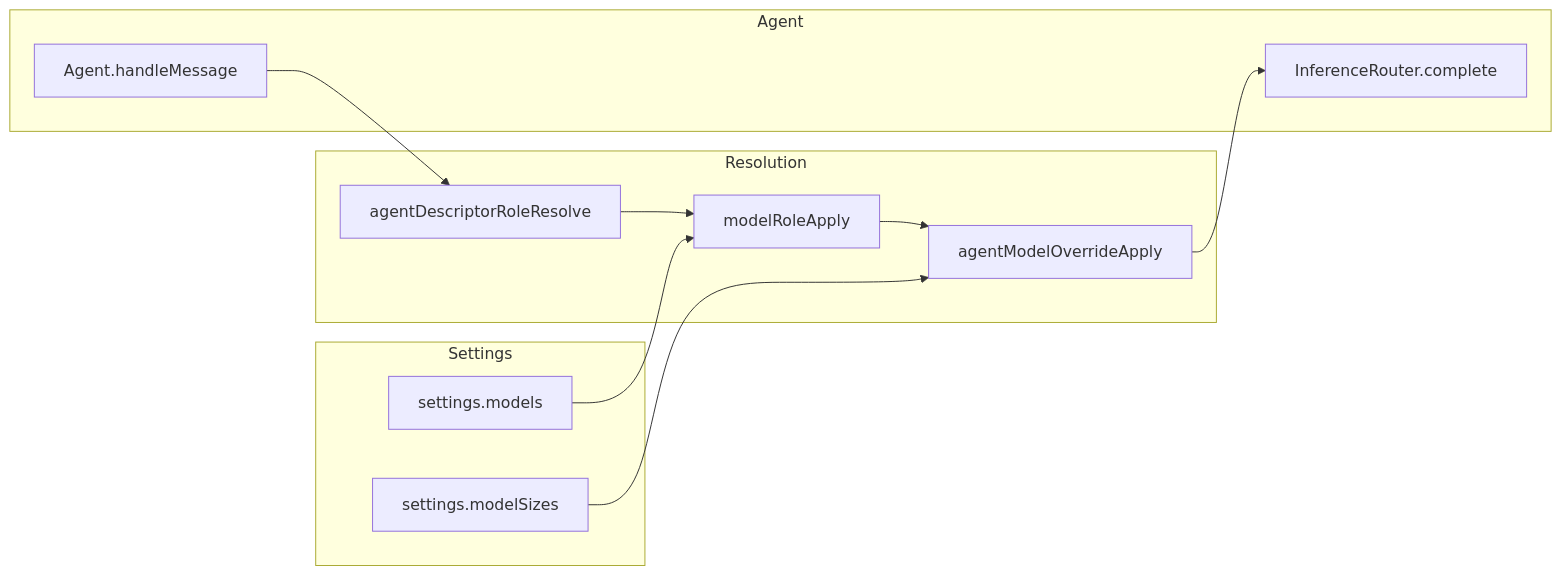
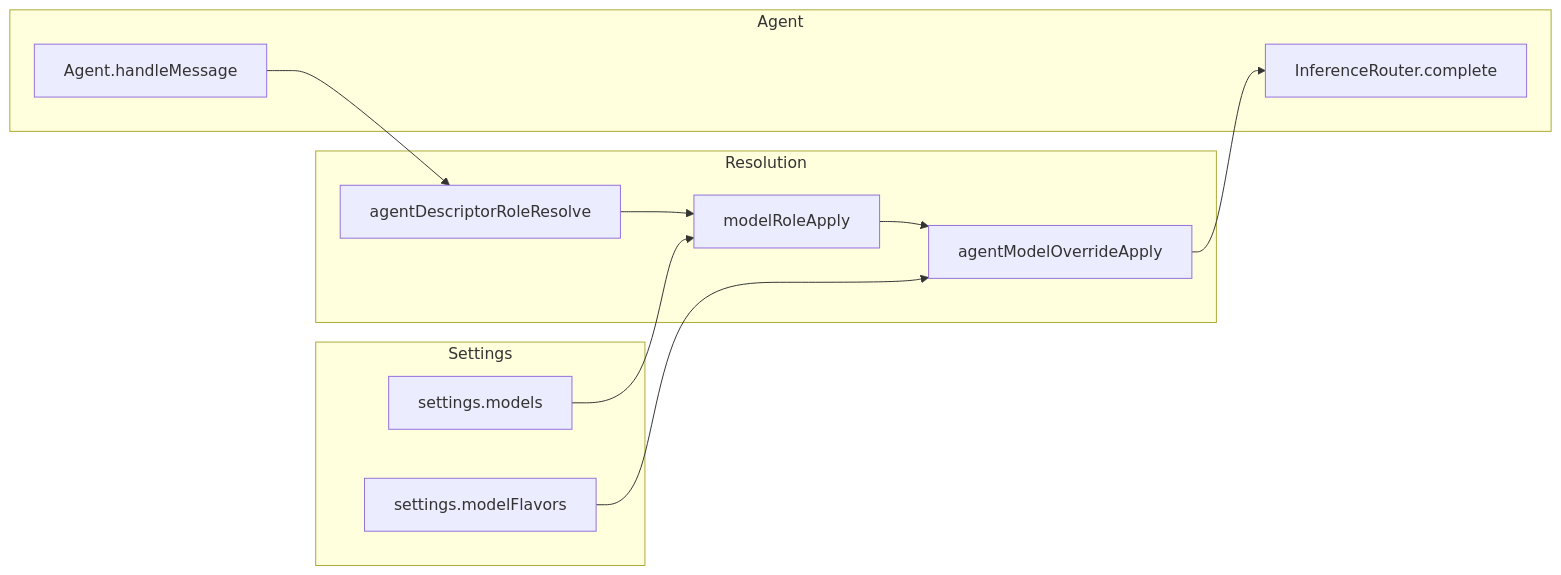
One commit to ex3ndr/daycare changed the second of 2 diagrams in doc/concepts/models.md. Above: the diagram before and after it, drawn with Mermaid. The commit also changed other lines of this file and 18 other files, not shown here.

````diff
--- a/doc/concepts/models.md
+++ b/doc/concepts/models.md
@@ -84,20 +93,20 @@
 ```mermaid
 flowchart LR
     subgraph Settings
         S1[settings.models]
-        S2[settings.modelSizes]
+        S2[settings.modelFlavors]
     end
 
     subgraph Resolution
         R1[agentDescriptorRoleResolve] --> R2[modelRoleApply]
         R2 --> R3[agentModelOverrideApply]
     end
 
     subgraph Agent
         A1[Agent.handleMessage] --> R1
         R3 --> A2[InferenceRouter.complete]
     end
 
     S1 --> R2
     S2 --> R3
 ```
````
